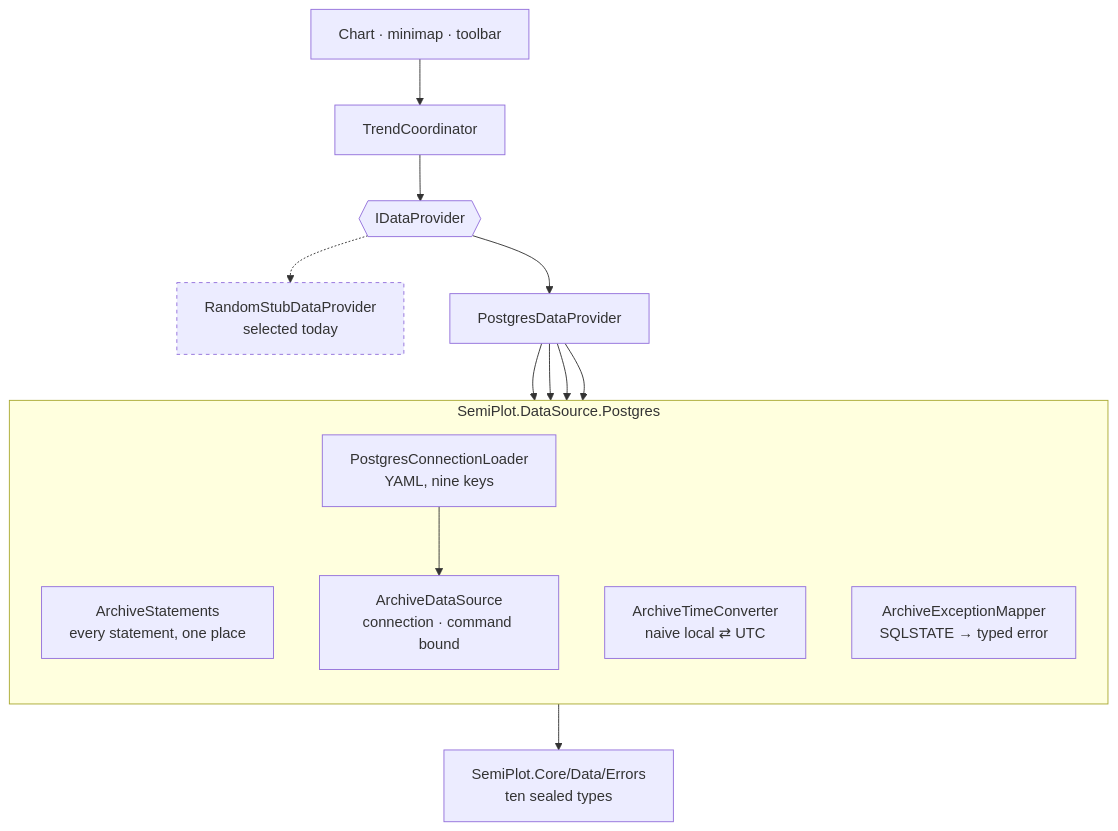
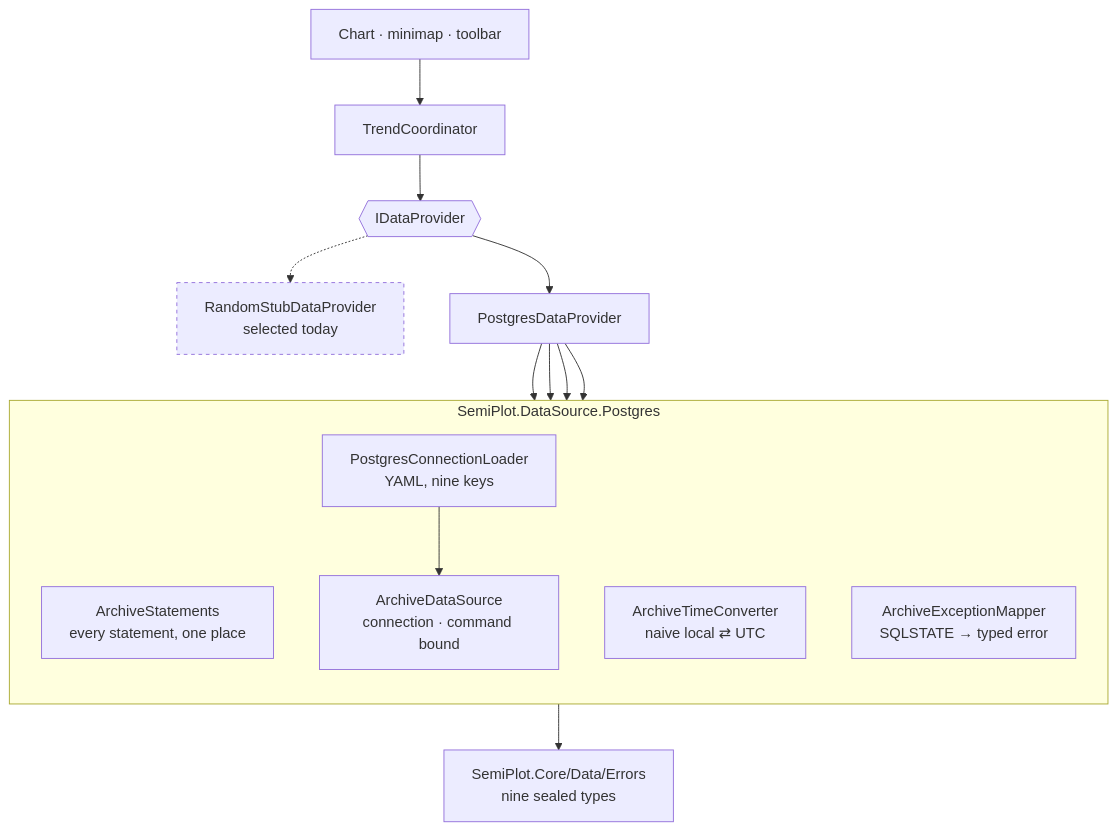
Before and after one commit to Semiteq/SemiPlot: the third of 5 diagrams in docs/architecture/postgres-topology.md, drawn with Mermaid. The commit also changed other lines of this file and 24 other files, not shown here.

````diff
--- a/docs/architecture/postgres-topology.md
+++ b/docs/architecture/postgres-topology.md
@@ -82,31 +82,31 @@
 ```mermaid
 flowchart TB
     ui["Chart · minimap · toolbar"]
     coord["TrendCoordinator"]
     iface{{"IDataProvider"}}
     stub["RandomStubDataProvider<br/>selected today"]
     pg["PostgresDataProvider"]
 
     subgraph plumbing["SemiPlot.DataSource.Postgres"]
         direction TB
         stmts["ArchiveStatements<br/>every statement, one place"]
         ds["ArchiveDataSource<br/>connection · command bound"]
         conv["ArchiveTimeConverter<br/>naive local ⇄ UTC"]
         mapper["ArchiveExceptionMapper<br/>SQLSTATE → typed error"]
         loader["PostgresConnectionLoader<br/>YAML, nine keys"]
     end
 
-    errs["SemiPlot.Core/Data/Errors<br/>ten sealed types"]
+    errs["SemiPlot.Core/Data/Errors<br/>nine sealed types"]
 
     ui --> coord --> iface
     iface -.-> stub
     iface --> pg
     pg --> stmts
     pg --> ds
     pg --> conv
     pg --> mapper
     loader --> ds
     mapper --> errs
 
     style stub stroke-dasharray:4 4
 ```
````
